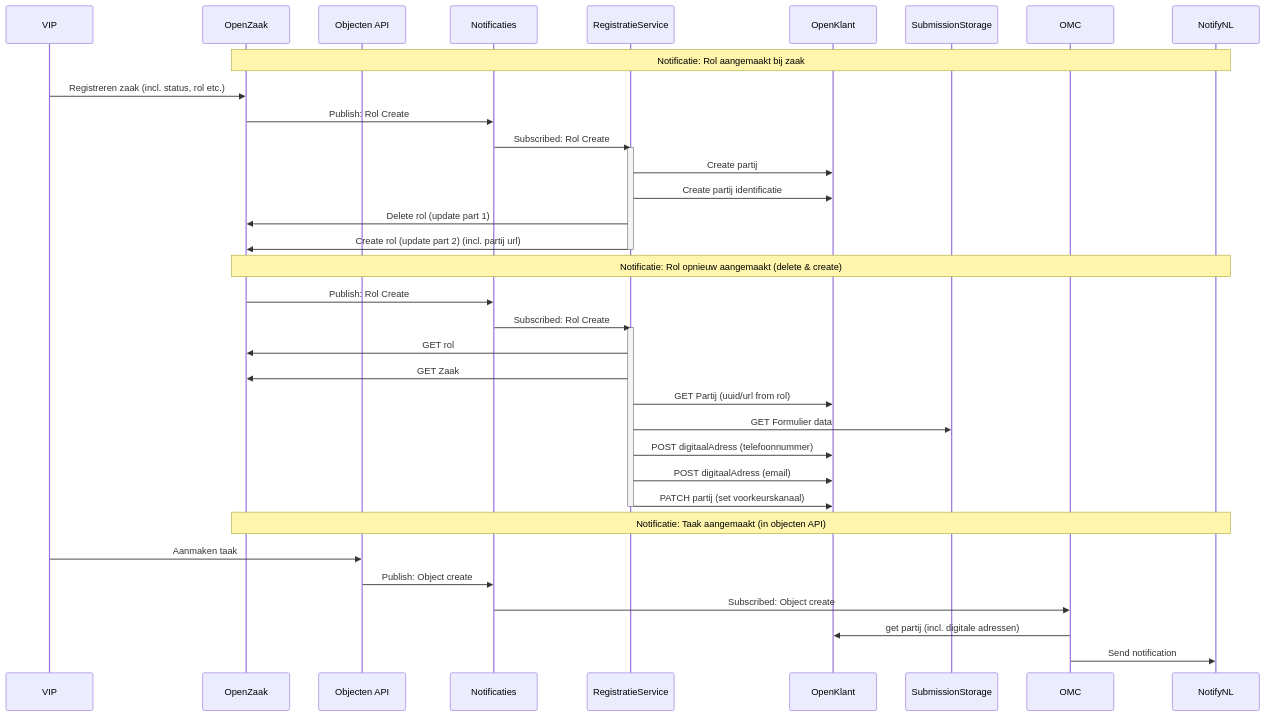
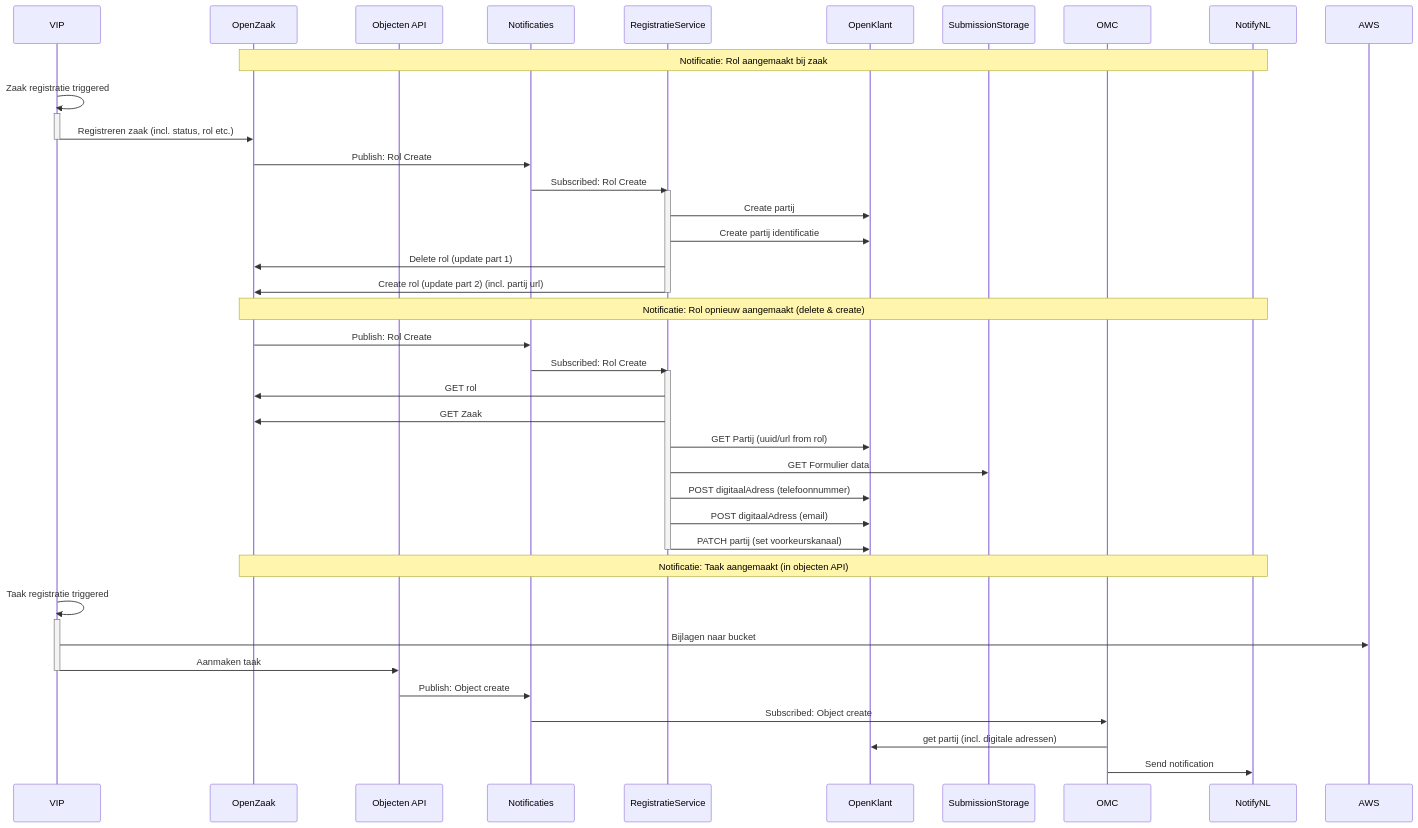
The diagram in src/services/OpenKlantRegistrationService/docs/sequence.md (GemeenteNijmegen/mijn-services), drawn with Mermaid before and after one commit.

Commit message:
docs: update sequence diagram

````diff
--- a/src/services/OpenKlantRegistrationService/docs/sequence.md
+++ b/src/services/OpenKlantRegistrationService/docs/sequence.md
@@ -6,51 +6,64 @@
 ```mermaid
 sequenceDiagram
   participant VIP
   participant OpenZaak
   participant Objecten API
   participant Notificaties
   participant RegistratieService
   participant OpenKlant
   participant SubmissionStorage
   participant OMC
   participant NotifyNL
+  participant AWS
+
 
 
   Note over OpenZaak, NotifyNL: Notificatie: Rol aangemaakt bij zaak
 
+  VIP ->> VIP: Zaak registratie triggered
+  activate VIP
   VIP ->> OpenZaak: Registreren zaak (incl. status, rol etc.)
+  deactivate VIP
+
   OpenZaak ->> Notificaties: Publish: Rol Create
   Notificaties ->> RegistratieService: Subscribed: Rol Create
   activate RegistratieService
   RegistratieService ->> OpenKlant: Create partij
   RegistratieService ->> OpenKlant: Create partij identificatie
   RegistratieService ->> OpenZaak: Delete rol (update part 1)
   RegistratieService ->> OpenZaak: Create rol (update part 2) (incl. partij url)
   deactivate RegistratieService
+
 
 
   Note over OpenZaak, NotifyNL: Notificatie: Rol opnieuw aangemaakt (delete & create)
 
   OpenZaak ->> Notificaties: Publish: Rol Create
   Notificaties ->> RegistratieService: Subscribed: Rol Create
   activate RegistratieService
   RegistratieService ->> OpenZaak: GET rol
   RegistratieService ->> OpenZaak: GET Zaak
   RegistratieService ->> OpenKlant: GET Partij (uuid/url from rol)
   RegistratieService ->> SubmissionStorage: GET Formulier data
   RegistratieService ->> OpenKlant: POST digitaalAdress (telefoonnummer)
   RegistratieService ->> OpenKlant: POST digitaalAdress (email)
   RegistratieService ->> OpenKlant: PATCH partij (set voorkeurskanaal)
   deactivate RegistratieService
 
 
+
   Note over OpenZaak, NotifyNL: Notificatie: Taak aangemaakt (in objecten API)
 
+  VIP ->> VIP: Taak registratie triggered
+  activate VIP
+  VIP ->> AWS: Bijlagen naar bucket
   VIP ->> Objecten API: Aanmaken taak
+  deactivate VIP
+
   Objecten API ->> Notificaties: Publish: Object create
   Notificaties ->> OMC: Subscribed: Object create
   OMC ->> OpenKlant: get partij (incl. digitale adressen)
   OMC ->> NotifyNL: Send notification
 
 
 ```
````
